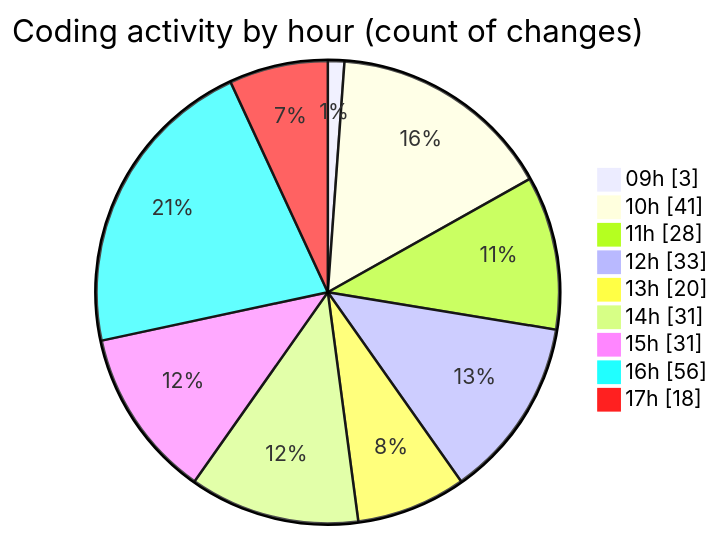
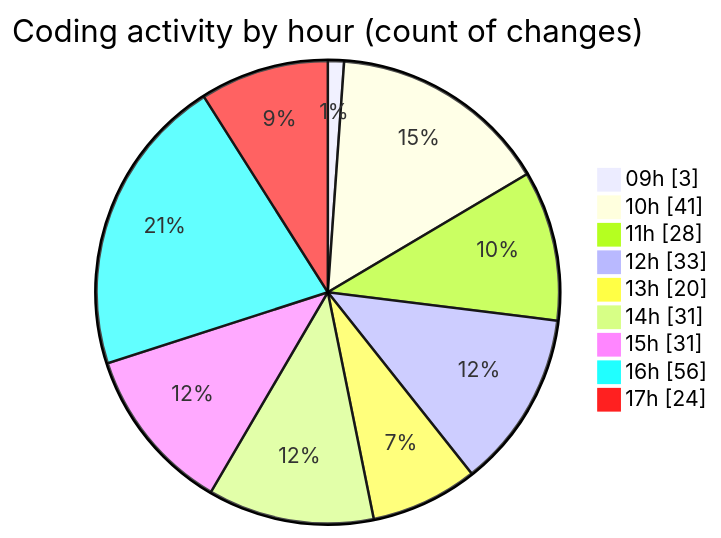
The second of 2 diagrams in 2025-05-19/ecodeli-1/README.md (CELIANVF/code-tracking), drawn with Mermaid before and after one commit. The commit also changed other lines of this file and 1 other file, not shown here.

````diff
--- a/2025-05-19/ecodeli-1/README.md
+++ b/2025-05-19/ecodeli-1/README.md
@@ -101,13 +102,13 @@
 ```mermaid
 pie showData
 title Coding activity by hour (count of changes)
 "09h" : 3
 "10h" : 41
 "11h" : 28
 "12h" : 33
 "13h" : 20
 "14h" : 31
 "15h" : 31
 "16h" : 56
-"17h" : 18
+"17h" : 24
 ```
````
